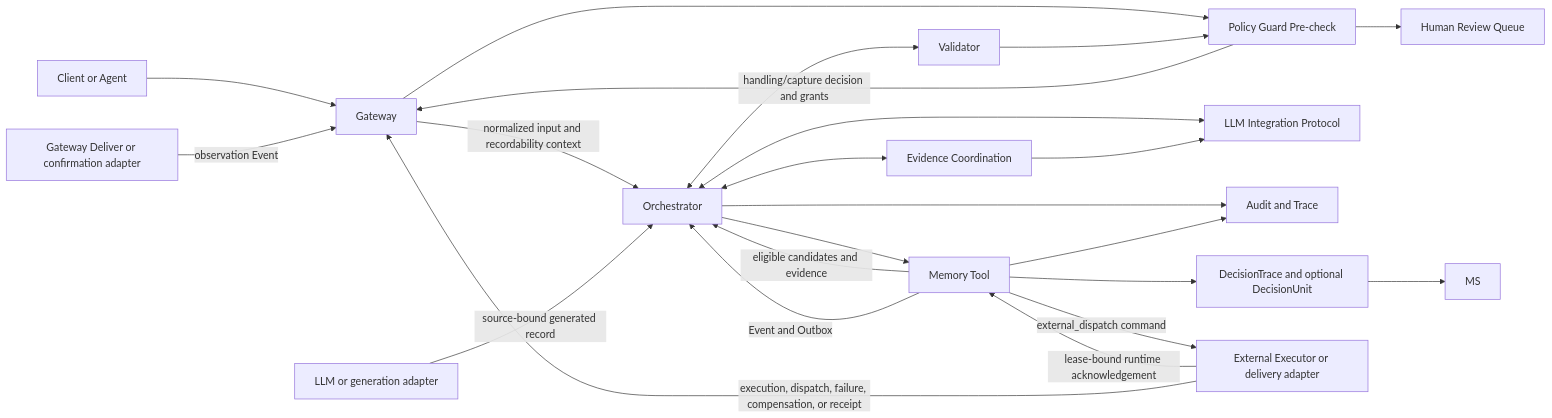
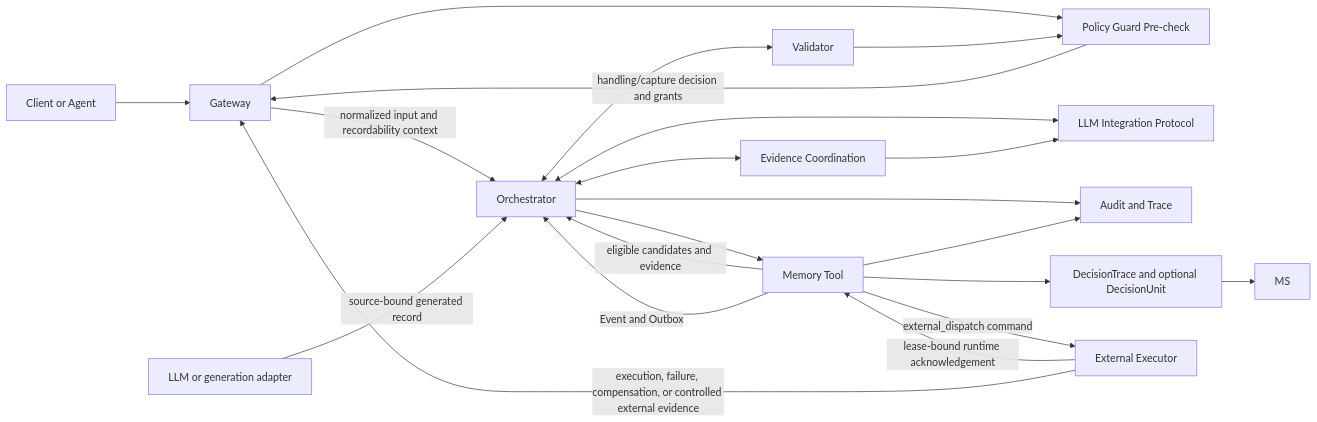
The third of 3 diagrams in ai-memory-architecture-kernel-std.md (hwyn/fm), drawn with Mermaid before and after one commit. The commit also changed other lines of this file and 4 other files, not shown here.

Commit message:
memory architecture 简化

````diff
--- a/ai-memory-architecture-kernel-std.md
+++ b/ai-memory-architecture-kernel-std.md
@@ -257,25 +261,23 @@
 ```mermaid
 flowchart LR
 	C[Client or Agent] --> G[Gateway]
 	G --> P[Policy Guard Pre-check]
 	P -->|"handling/capture decision and grants"| G
 	G -->|"normalized input and recordability context"| O[Orchestrator]
 	O <--> I[LLM Integration Protocol]
 	O <--> V[Validator]
 	O --> M[Memory Tool]
 	O <--> EC[Evidence Coordination]
 	M -->|"eligible candidates and evidence"| O
 	EC --> I
 	V --> P
 	O --> A[Audit and Trace]
 	M --> A
 	M --> DT[DecisionTrace and optional DecisionUnit]
 	DT --> MS
-	M -->|"external_dispatch command"| X[External Executor or delivery adapter]
+	M -->|"external_dispatch command"| X[External Executor]
 	X -->|"lease-bound runtime acknowledgement"| M
-	X -->|"execution, dispatch, failure, compensation, or receipt"| G
-	D[Gateway Deliver or confirmation adapter] -->|"observation Event"| G
+	X -->|"execution, failure, compensation, or controlled external evidence"| G
 	LA[LLM or generation adapter] -->|"source-bound generated record"| O
 	M -->|"Event and Outbox"| O
-	P --> H[Human Review Queue]
 ```
````
